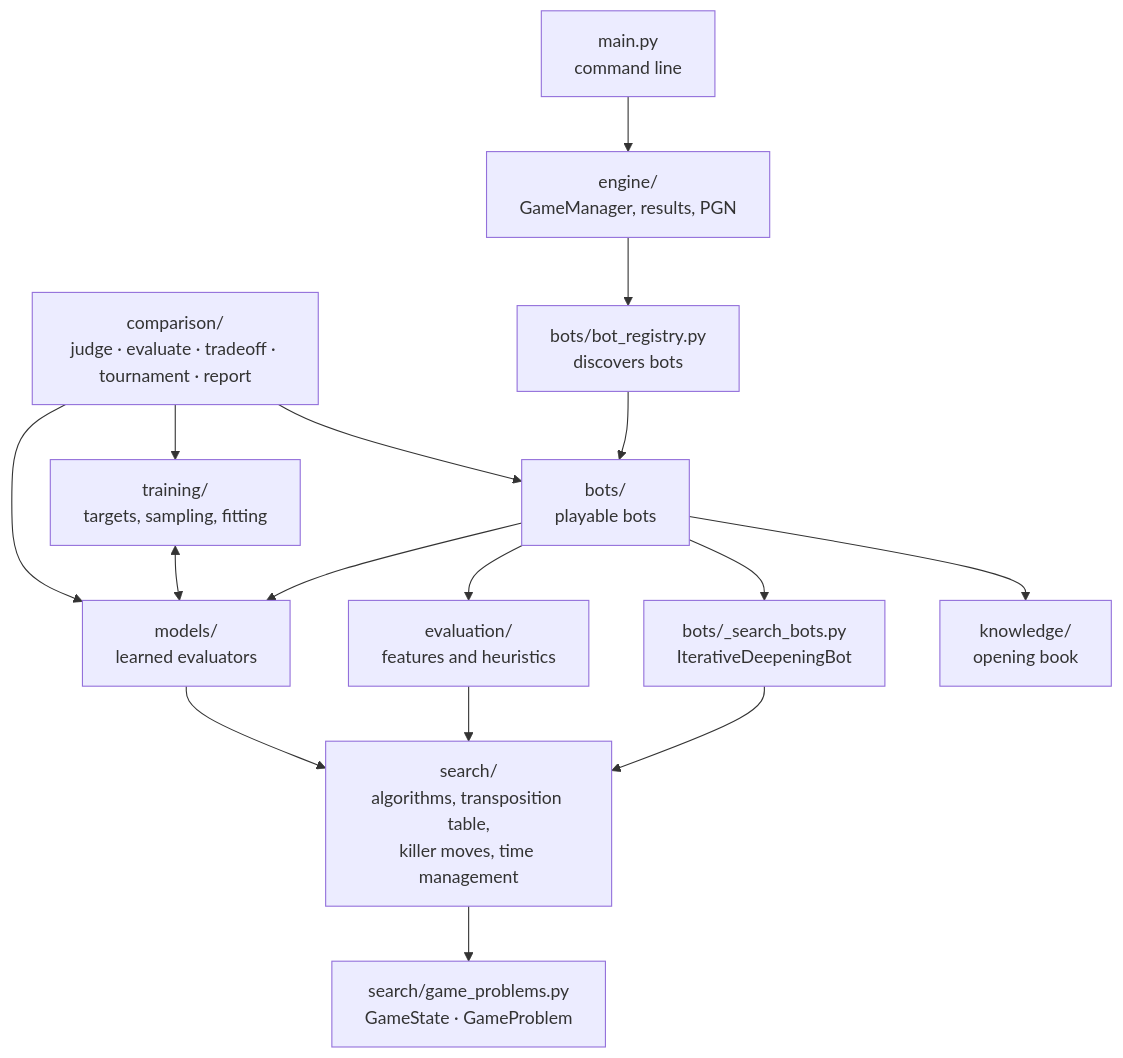
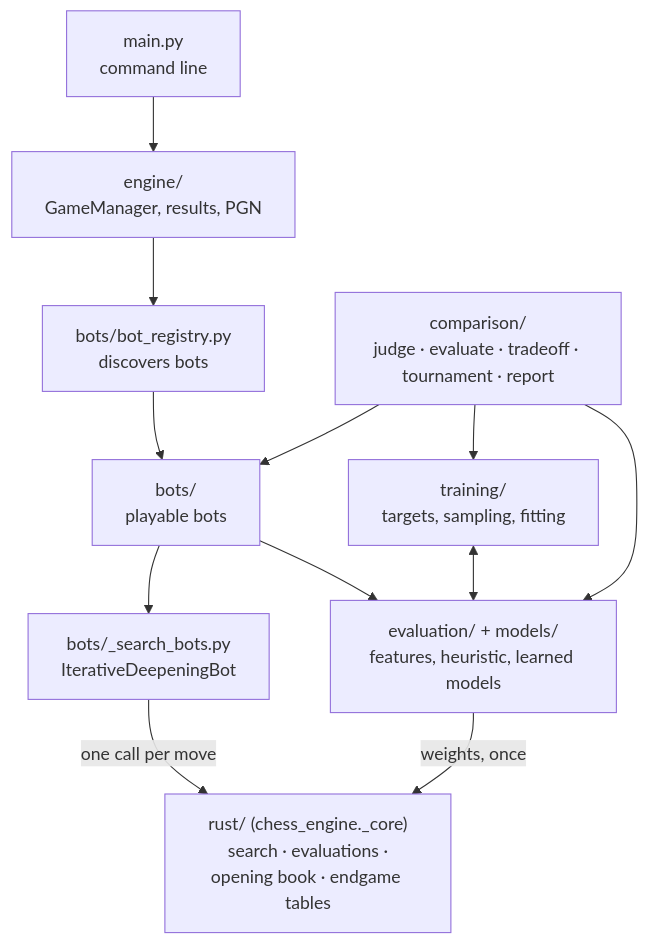
One commit to JoaquinDeVA/chess-ai-engine changed the first of 3 diagrams in docs/ARCHITECTURE.md. Above: the diagram before and after it, drawn with Mermaid. The commit also changed other lines of this file and 8 other files, not shown here.

Commit message:
feat: helper threads search ahead of the main thread; thread scaling measured; docs of the Rust move

````diff
--- a/docs/ARCHITECTURE.md
+++ b/docs/ARCHITECTURE.md
@@ -13,18 +15,14 @@
 ```mermaid
 flowchart TB
     CLI["main.py<br/>command line"] --> GM["engine/<br/>GameManager, results, PGN"]
     GM --> REG["bots/bot_registry.py<br/>discovers bots"]
     REG --> BOTS["bots/<br/>playable bots"]
     BOTS --> BASES["bots/_search_bots.py<br/>IterativeDeepeningBot"]
-    BASES --> SEARCH["search/<br/>algorithms, transposition table,<br/>killer moves, time management"]
-    BOTS --> EVAL["evaluation/<br/>features and heuristics"]
-    BOTS --> MODELS["models/<br/>learned evaluators"]
-    BOTS --> KNOW["knowledge/<br/>opening book"]
-    EVAL --> SEARCH
-    MODELS --> SEARCH
-    SEARCH --> GAME["search/game_problems.py<br/>GameState · GameProblem"]
-    TRAIN["training/<br/>targets, sampling, fitting"] <--> MODELS
+    BASES -->|"one call per move"| CORE["rust/ (chess_engine._core)<br/>search · evaluations ·<br/>opening book · endgame tables"]
+    BOTS --> EVAL["evaluation/ + models/<br/>features, heuristic, learned models"]
+    EVAL -->|"weights, once"| CORE
+    TRAIN["training/<br/>targets, sampling, fitting"] <--> EVAL
     COMP["comparison/<br/>judge · evaluate · tradeoff · tournament · report"] --> TRAIN
-    COMP --> MODELS
+    COMP --> EVAL
     COMP --> BOTS
 ```
````
